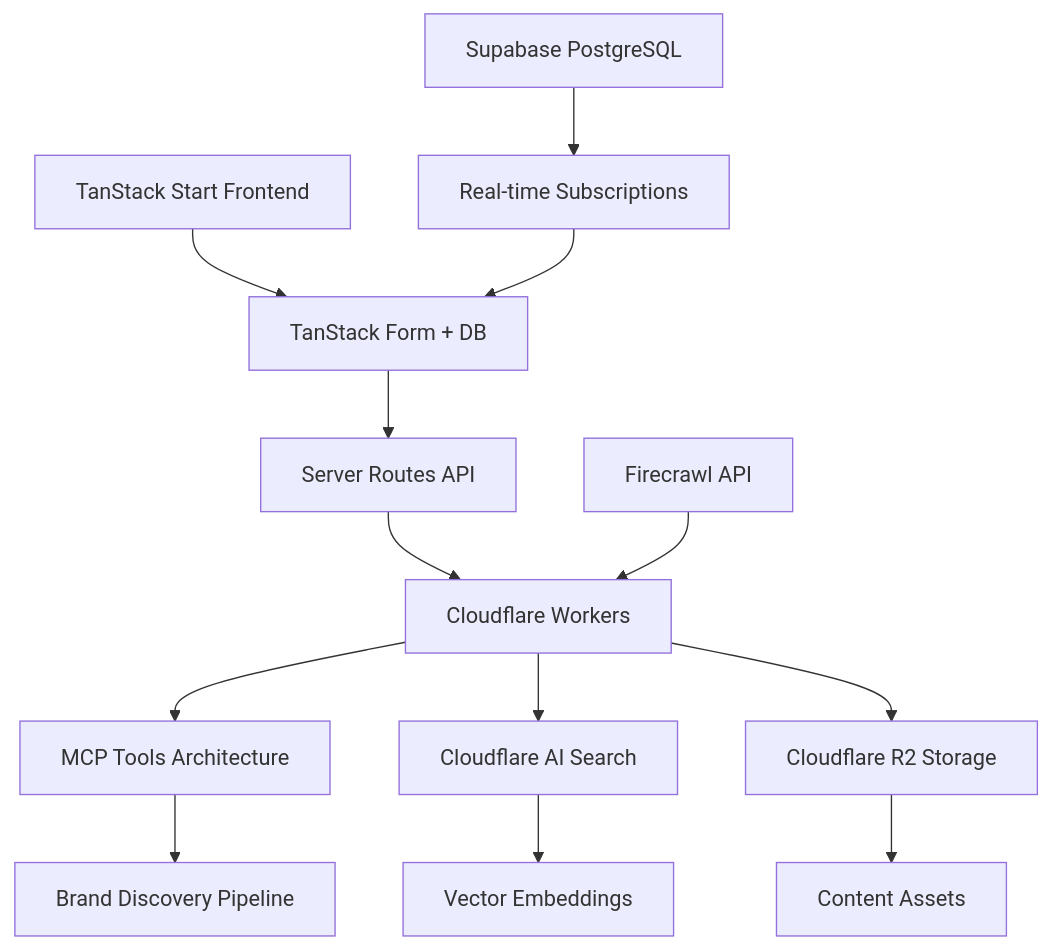
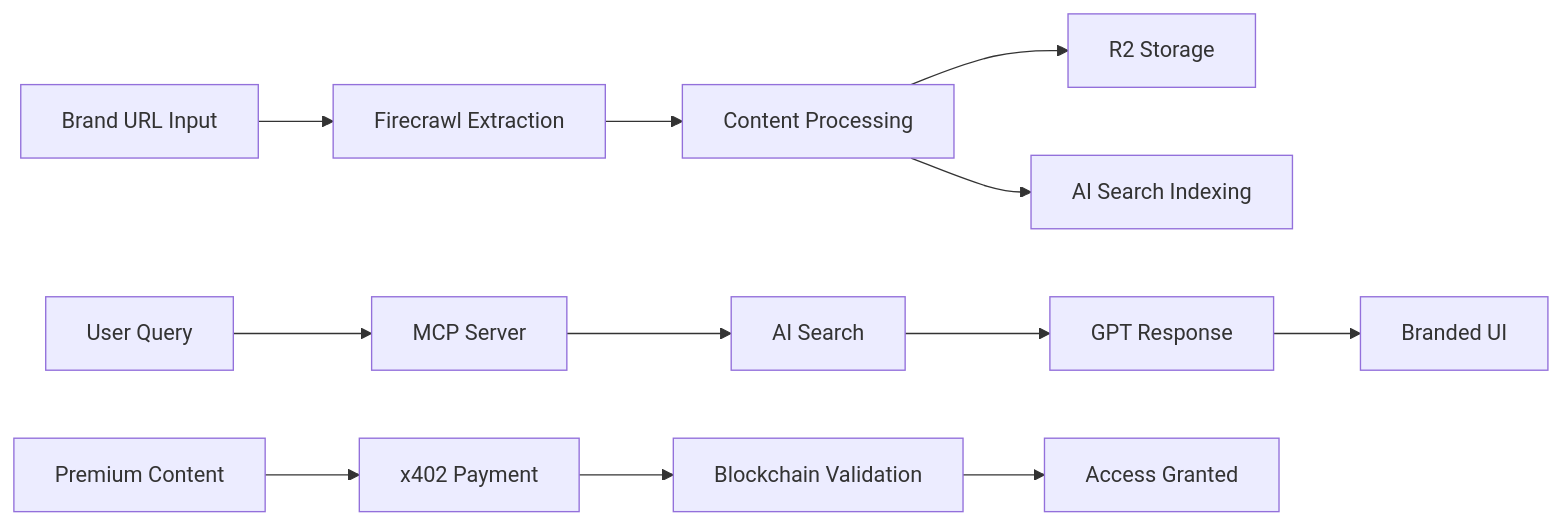
One commit to koikar/tedix-x402 changed the diagram in README.md. Above: the diagram before and after it, drawn with Mermaid. The commit also changed other lines of this file and 2 other files, not shown here.

````diff
--- a/README.md
+++ b/README.md
@@ -108,17 +161,16 @@
 ```mermaid
-graph TD
-    A[TanStack Start Frontend] --> B[TanStack Form + DB]
-    B --> C[Server Routes API]
-    C --> D[Cloudflare Workers]
-    D --> E[MCP Tools Architecture]
-    D --> F[Cloudflare AI Search]
-    D --> G[Cloudflare R2 Storage]
-    E --> H[Brand Discovery Pipeline]
-    F --> I[Vector Embeddings]
-    G --> J[Content Assets]
+graph LR
+    A[Brand URL Input] --> B[Firecrawl Extraction]
+    B --> C[Content Processing]
+    C --> D[R2 Storage]
+    C --> E[AI Search Indexing]
 
-    K[Supabase PostgreSQL] --> L[Real-time Subscriptions]
-    L --> B
+    F[User Query] --> G[MCP Server]
+    G --> H[AI Search]
+    H --> I[GPT Response]
+    I --> J[Branded UI]
 
-    M[Firecrawl API] --> D
+    K[Premium Content] --> L[x402 Payment]
+    L --> M[Blockchain Validation]
+    M --> N[Access Granted]
 ```
````
